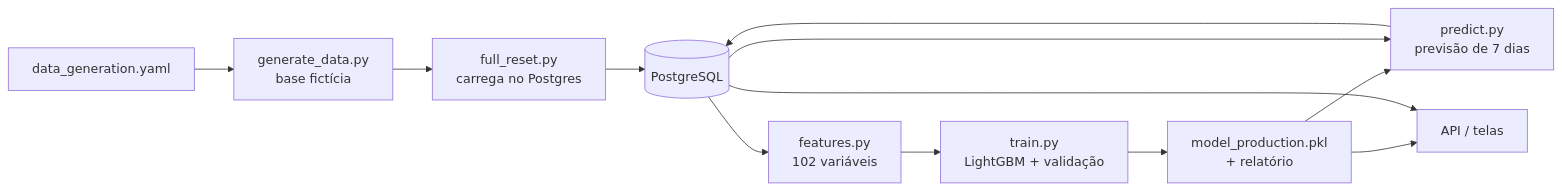
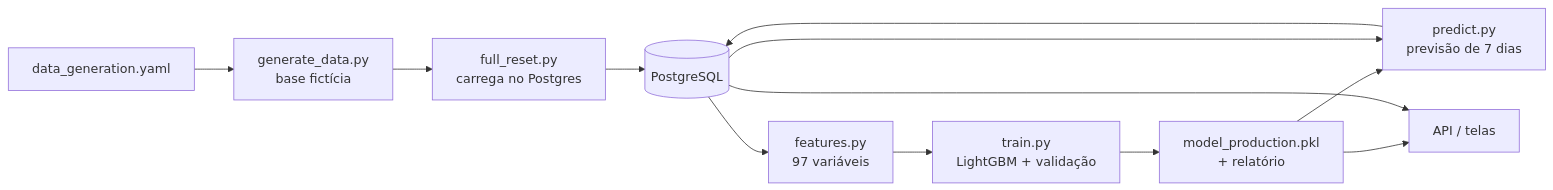
One commit to vitoriaayres/unimar_hospital changed the diagram in docs/05-pipeline-ml.md. Above: the diagram before and after it, drawn with Mermaid. The commit also changed other lines of this file and 13 other files, not shown here.

````diff
--- a/docs/05-pipeline-ml.md
+++ b/docs/05-pipeline-ml.md
@@ -8,14 +8,14 @@
 ```mermaid
 flowchart LR
     CFG[data_generation.yaml] --> GEN[generate_data.py<br/>base fictícia]
     GEN --> RESET[full_reset.py<br/>carrega no Postgres]
     RESET --> DB[(PostgreSQL)]
-    DB --> FEAT[features.py<br/>102 variáveis]
+    DB --> FEAT[features.py<br/>97 variáveis]
     FEAT --> TRAIN[train.py<br/>LightGBM + validação]
     TRAIN --> MODEL[model_production.pkl<br/>+ relatório]
     MODEL --> PRED[predict.py<br/>previsão de 7 dias]
     DB --> PRED
     PRED --> DB
     MODEL --> API[API / telas]
     DB --> API
 ```
````
